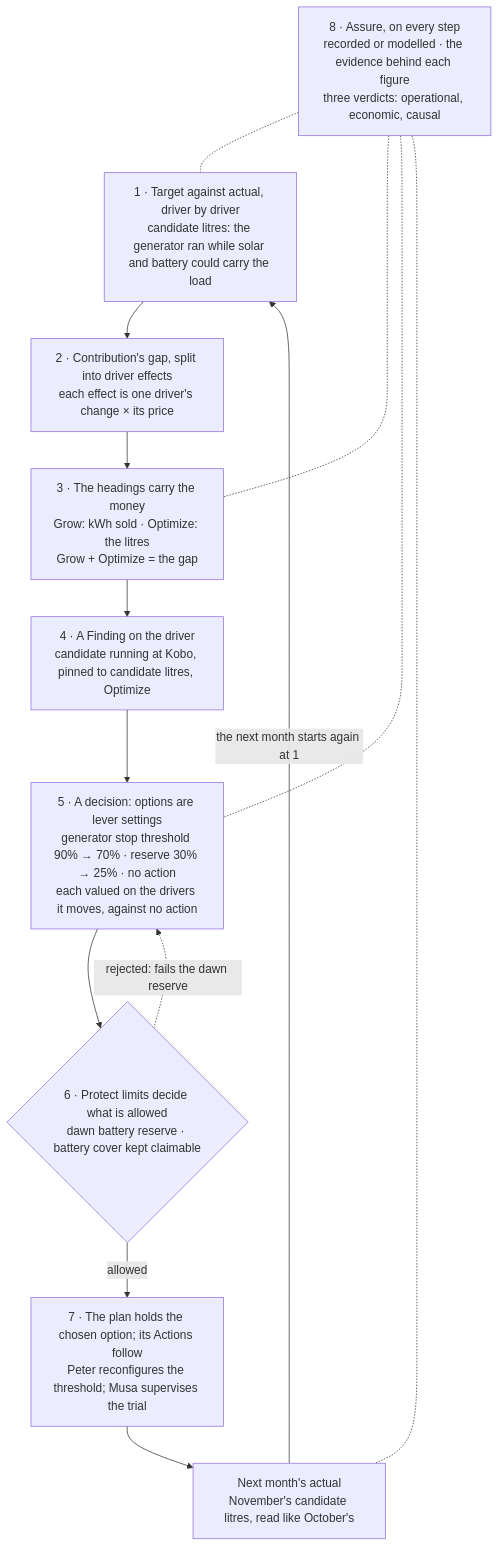
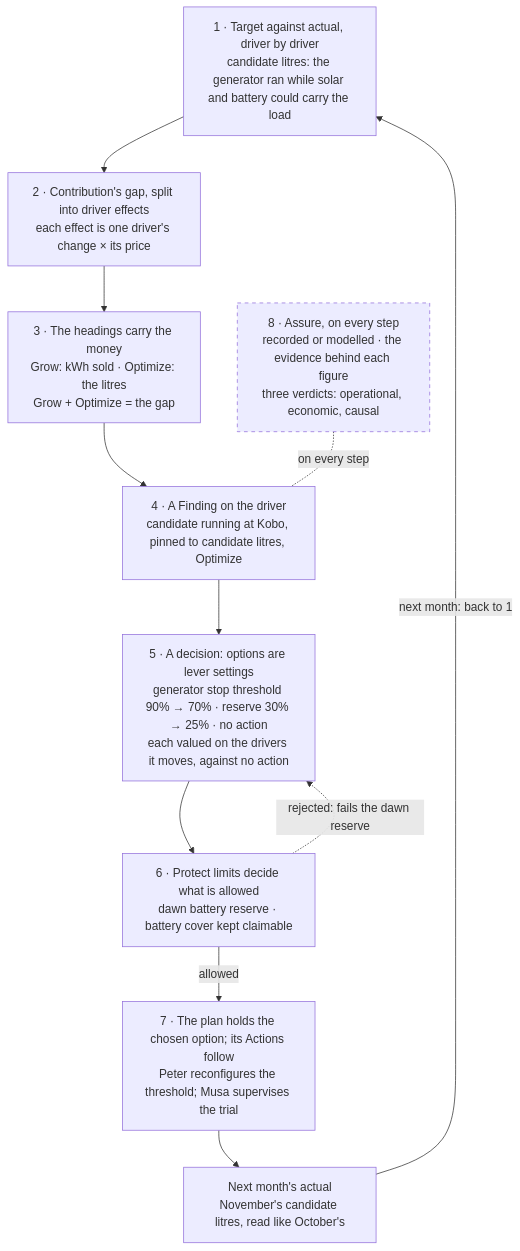
Before and after one commit to bineyame/AssetOpsV1: the third of 16 diagrams in Docs/demo-sprint/product-direction-layer4/layer4-transformation-design.md, drawn with Mermaid. The commit also changed 1 other file, not shown here.

Commit message:
Figure 1c layout: Protect step as a rectangle, one loop edge back to step 1, one dashed Assure node "on every step"

````diff
--- a/Docs/demo-sprint/product-direction-layer4/layer4-transformation-design.md
+++ b/Docs/demo-sprint/product-direction-layer4/layer4-transformation-design.md
@@ -333,20 +333,19 @@
 ```mermaid
 flowchart TB
   S1["1 · Target against actual, driver by driver<br/>candidate litres: the generator ran while solar and battery could carry the load"]
   S2["2 · Contribution's gap, split into driver effects<br/>each effect is one driver's change × its price"]
   S3["3 · The headings carry the money<br/>Grow: kWh sold · Optimize: the litres<br/>Grow + Optimize = the gap"]
   S4["4 · A Finding on the driver<br/>candidate running at Kobo, pinned to candidate litres, Optimize"]
   S5["5 · A decision: options are lever settings<br/>generator stop threshold 90% → 70% · reserve 30% → 25% · no action<br/>each valued on the drivers it moves, against no action"]
-  S6{"6 · Protect limits decide what is allowed<br/>dawn battery reserve · battery cover kept claimable"}
+  S6["6 · Protect limits decide what is allowed<br/>dawn battery reserve · battery cover kept claimable"]
   S7["7 · The plan holds the chosen option; its Actions follow<br/>Peter reconfigures the threshold; Musa supervises the trial"]
   S8["Next month's actual<br/>November's candidate litres, read like October's"]
   AS["8 · Assure, on every step<br/>recorded or modelled · the evidence behind each figure<br/>three verdicts: operational, economic, causal"]
   S1 --> S2 --> S3 --> S4 --> S5 --> S6
   S6 -- "allowed" --> S7 --> S8
   S6 -. "rejected: fails the dawn reserve" .-> S5
-  S8 -- "the next month starts again at 1" --> S1
-  AS -.- S1
-  AS -.- S3
-  AS -.- S5
-  AS -.- S8
+  S8 -- "next month: back to 1" --> S1
+  AS -. "on every step" .- S4
+  classDef assure stroke-dasharray: 5 5
+  class AS assure
 ```
````
